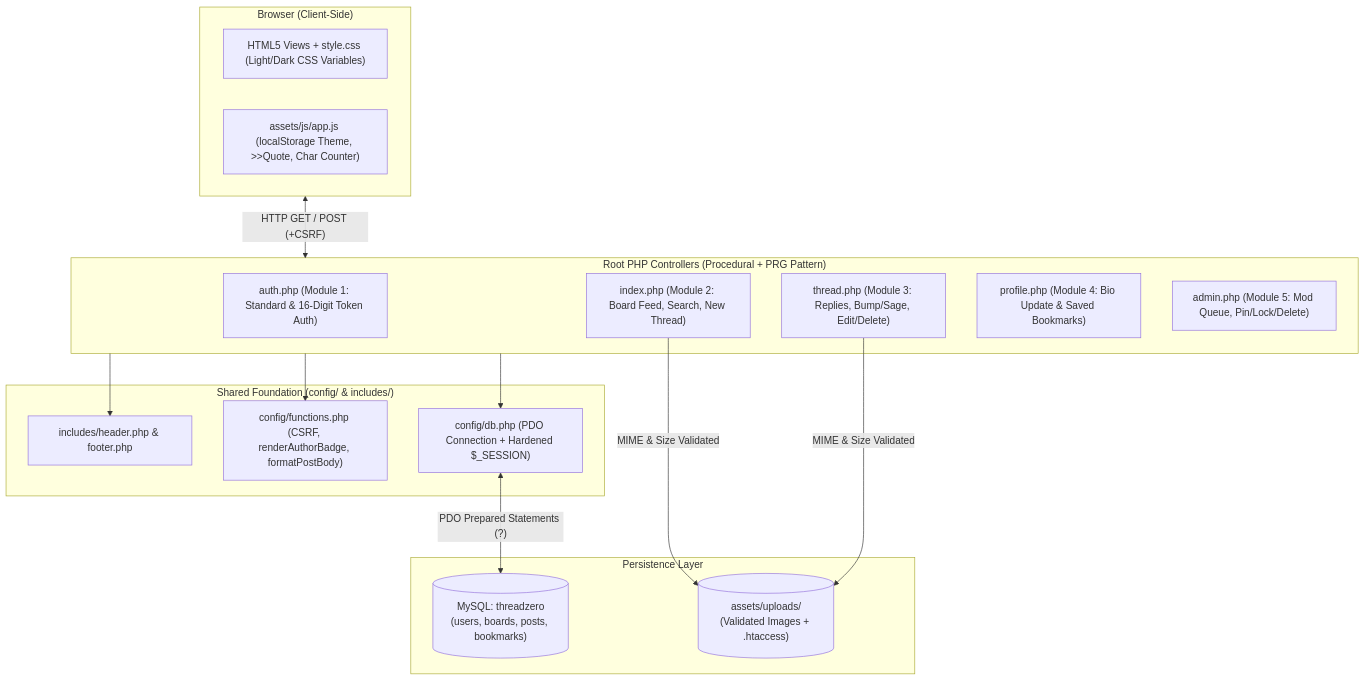
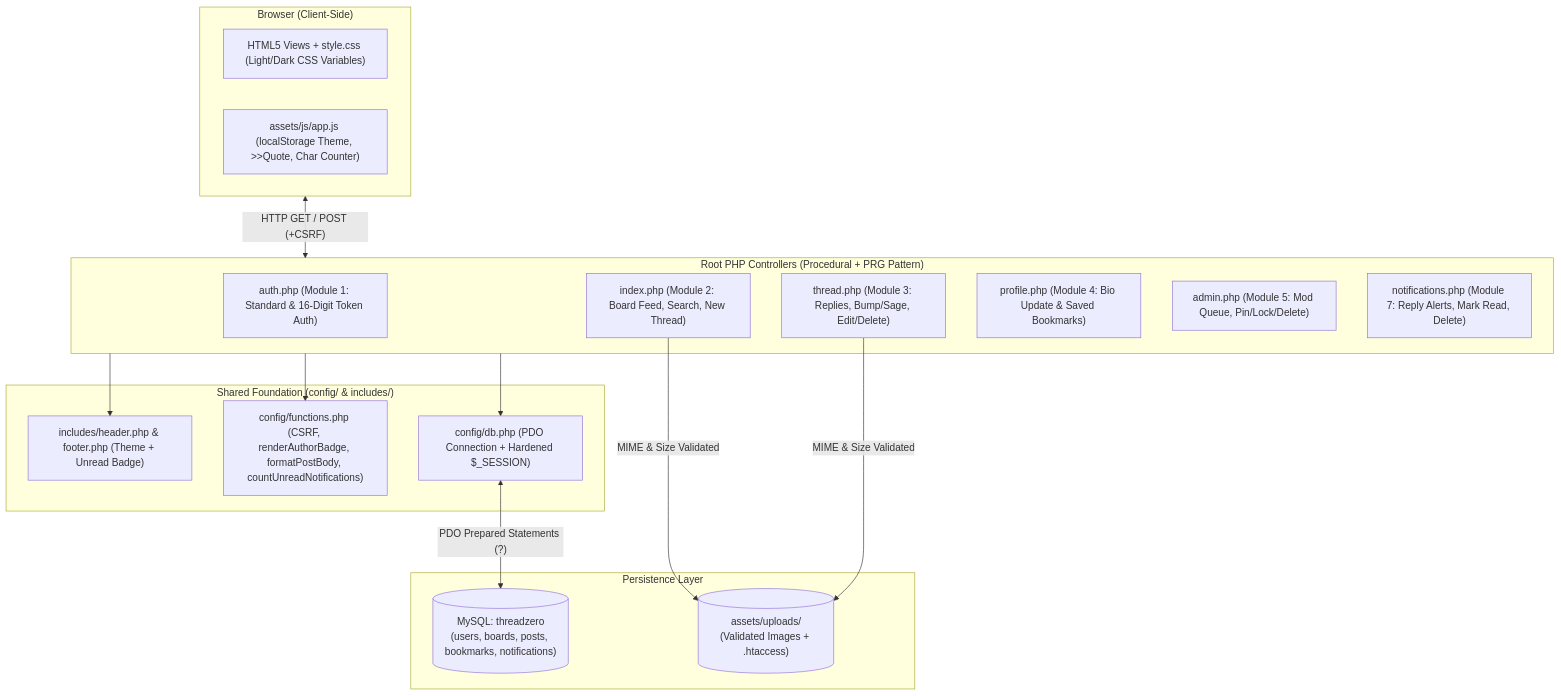
One commit to AkshatWM/threadzero changed the second of 2 diagrams in ARCHITECTURE.md. Above: the diagram before and after it, drawn with Mermaid. The commit also changed other lines of this file and 10 other files, not shown here.

First line of the commit message:
Review notifications module and remove redundant schema file

````diff
--- a/ARCHITECTURE.md
+++ b/ARCHITECTURE.md
@@ -466,33 +464,34 @@
 ```mermaid
 flowchart TB
     subgraph Client ["Browser (Client-Side)"]
         UI["HTML5 Views + style.css (Light/Dark CSS Variables)"]
         JS["assets/js/app.js (localStorage Theme, >>Quote, Char Counter)"]
     end
 
     subgraph Routes ["Root PHP Controllers (Procedural + PRG Pattern)"]
         AUTH["auth.php (Module 1: Standard & 16-Digit Token Auth)"]
         INDEX["index.php (Module 2: Board Feed, Search, New Thread)"]
         THREAD["thread.php (Module 3: Replies, Bump/Sage, Edit/Delete)"]
         PROFILE["profile.php (Module 4: Bio Update & Saved Bookmarks)"]
         ADMIN["admin.php (Module 5: Mod Queue, Pin/Lock/Delete)"]
+        NOTIF["notifications.php (Module 7: Reply Alerts, Mark Read, Delete)"]
     end
 
     subgraph Core ["Shared Foundation (config/ & includes/)"]
-        HEADER["includes/header.php & footer.php"]
-        FUNC["config/functions.php (CSRF, renderAuthorBadge, formatPostBody)"]
+        HEADER["includes/header.php & footer.php (Theme + Unread Badge)"]
+        FUNC["config/functions.php (CSRF, renderAuthorBadge, formatPostBody, countUnreadNotifications)"]
         DB["config/db.php (PDO Connection + Hardened $_SESSION)"]
     end
 
     subgraph Storage ["Persistence Layer"]
-        MYSQL[("MySQL: threadzero\n(users, boards, posts, bookmarks)")]
+        MYSQL[("MySQL: threadzero\n(users, boards, posts, bookmarks, notifications)")]
         UPLOADS[("assets/uploads/\n(Validated Images + .htaccess)")]
     end
 
     Client <-->|"HTTP GET / POST (+CSRF)"| Routes
     Routes --> HEADER
     Routes --> FUNC
     Routes --> DB
     DB <-->|"PDO Prepared Statements (?)"| MYSQL
     INDEX & THREAD -->|"MIME & Size Validated"| UPLOADS
 ```
````
